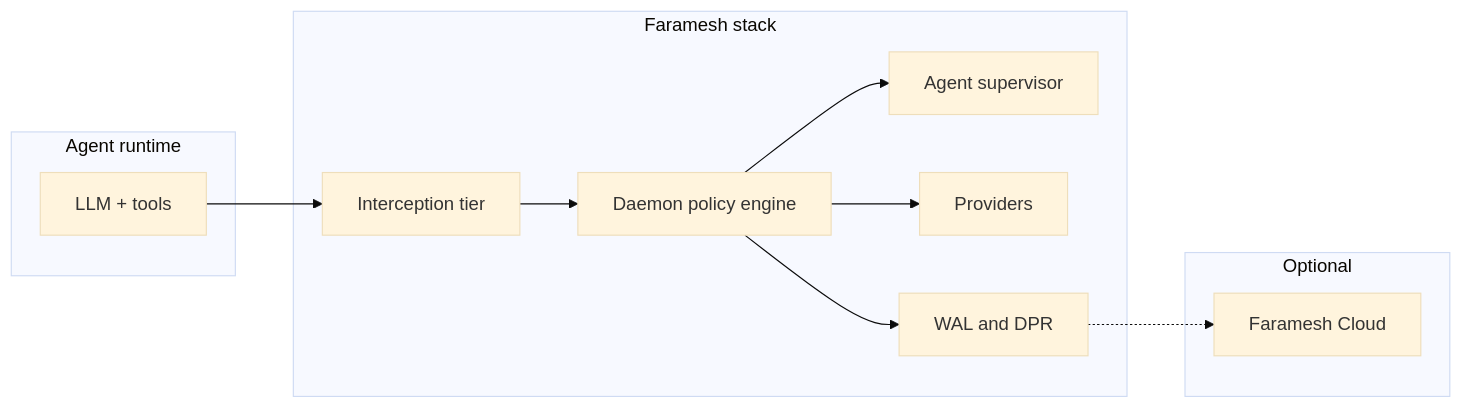
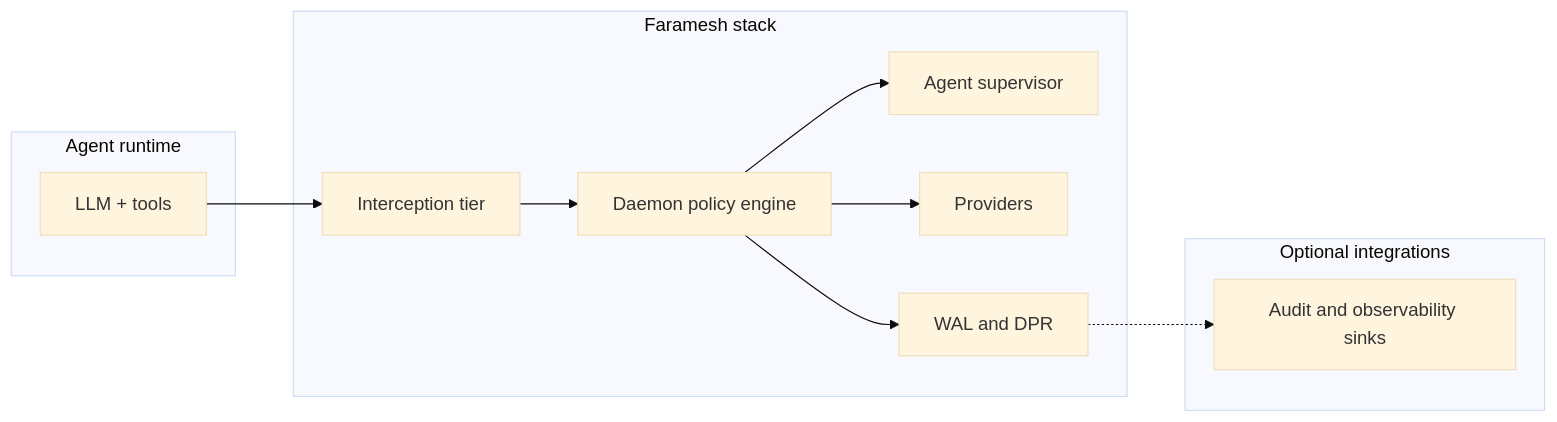
One commit to faramesh/faramesh-docs changed the diagram in content/docs/concepts/architecture.md. Above: the diagram before and after it, drawn with Mermaid (base theme). The commit also changed other lines of this file and 20 other files, not shown here.

````diff
--- a/content/docs/concepts/architecture.md
+++ b/content/docs/concepts/architecture.md
@@ -12,21 +12,21 @@
 ```mermaid
 flowchart LR
   subgraph agent [Agent runtime]
     A[LLM + tools]
   end
   subgraph faramesh [Faramesh stack]
     T[Interception tier]
     D[Daemon policy engine]
     S[Agent supervisor]
     P[Providers]
     W[WAL and DPR]
   end
-  subgraph optional [Optional]
-    C[Faramesh Cloud]
+  subgraph optional [Optional integrations]
+    C[Audit and observability sinks]
   end
   A --> T --> D
   D --> S
   D --> P
   D --> W
   W -.-> C
 ```
````
